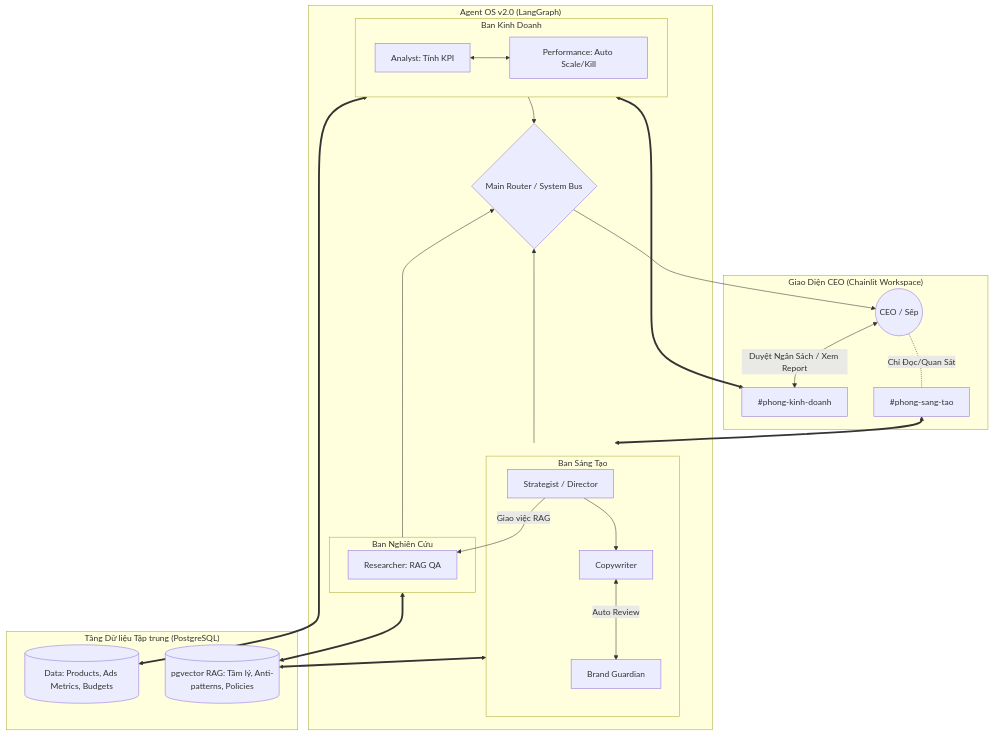
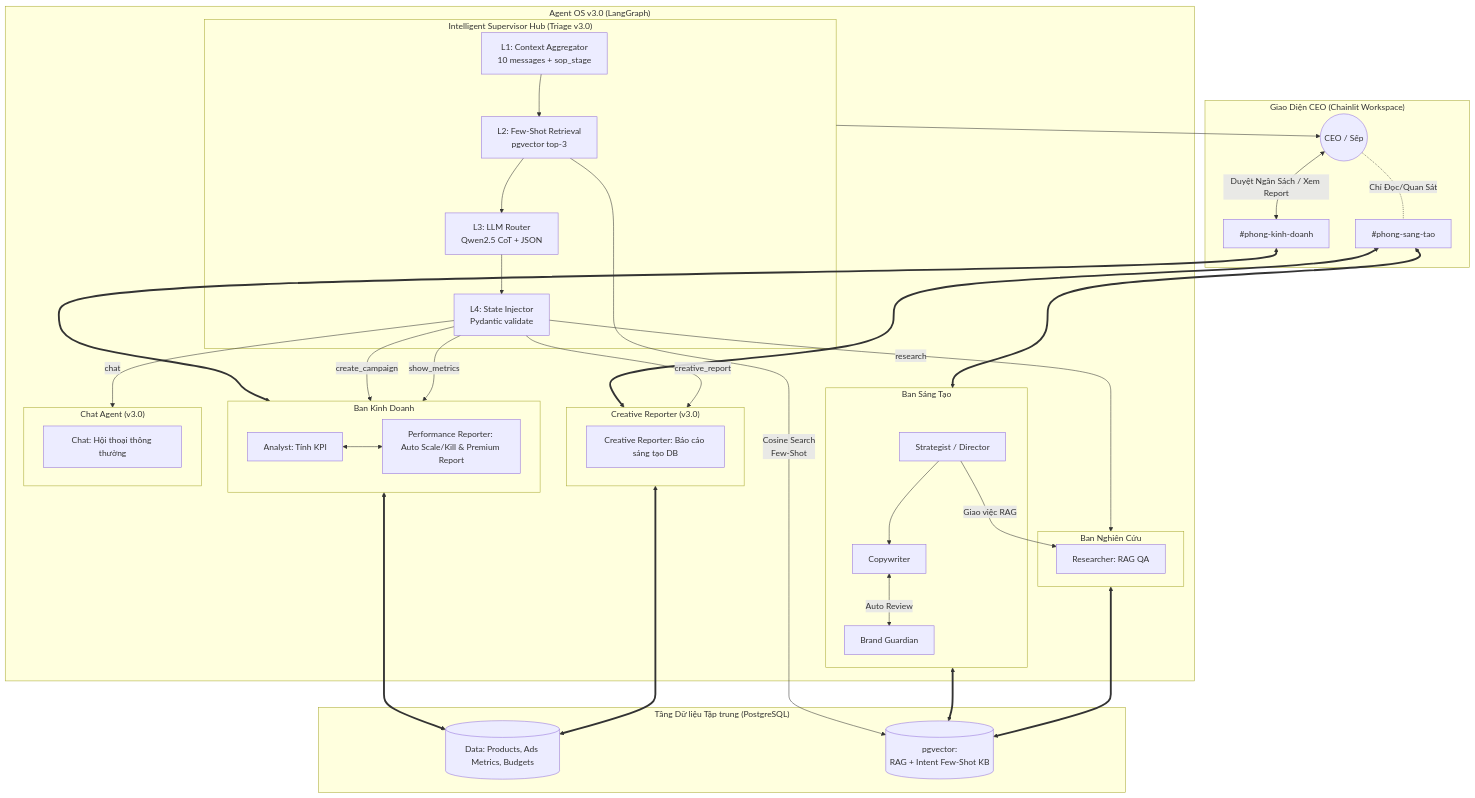
One commit to lupca/marketing-agent-os changed the diagram in docs/02_architecture/core_architecture.md. Above: the diagram before and after it, drawn with Mermaid. The commit also changed other lines of this file and 28 other files, not shown here.

Commit message:
Nâng cấp Triage Node thành **Intelligent Supervisor Hub (4-Layer)**

````diff
--- a/docs/02_architecture/core_architecture.md
+++ b/docs/02_architecture/core_architecture.md
@@ -59,7 +61,7 @@
 graph TD
     %% TẦNG UI
     subgraph UI_Layer ["Giao Diện CEO (Chainlit Workspace)"]
-        CEO((CEO / Sếp))
+        CEO(("CEO / Sếp"))
         Channel_Biz["#phong-kinh-doanh"]
         Channel_Creative["#phong-sang-tao"]
         CEO <-->|Duyệt Ngân Sách / Xem Report| Channel_Biz
@@ -67,51 +69,74 @@
     end
 
     %% TẦNG LANGGRAPH
-    subgraph LangGraph_OS ["Agent OS v2.0 (LangGraph)"]
-        
+    subgraph LangGraph_OS ["Agent OS v3.0 (LangGraph)"]
+
+        %% Intelligent Supervisor Hub
+        subgraph ISH ["Intelligent Supervisor Hub (Triage v3.0)"]
+            L1["L1: Context Aggregator\n10 messages + sop_stage"]
+            L2["L2: Few-Shot Retrieval\npgvector top-3"]
+            L3["L3: LLM Router\nQwen2.5 CoT + JSON"]
+            L4["L4: State Injector\nPydantic validate"]
+            L1 --> L2 --> L3 --> L4
+        end
+
         %% Business Graph
         subgraph Business_Graph ["Ban Kinh Doanh"]
-            Analyst[Analyst: Tính KPI]
-            Perf[Performance: Auto Scale/Kill]
+            Analyst["Analyst: Tính KPI"]
+            Perf["Performance Reporter: Auto Scale/Kill & Premium Report"]
             Analyst <--> Perf
         end
 
         %% Creative Graph
         subgraph Creative_Graph ["Ban Sáng Tạo"]
-            Dir[Strategist / Director]
-            Wri[Copywriter]
-            Gua[Brand Guardian]
+            Dir["Strategist / Director"]
+            Wri["Copywriter"]
+            Gua["Brand Guardian"]
             Dir --> Wri
             Wri <-->|Auto Review| Gua
         end
 
-        %% Researcher Node (v2.1)
+        %% Researcher
         subgraph Researcher_Sub ["Ban Nghiên Cứu"]
-            Res[Researcher: RAG QA]
+            Res["Researcher: RAG QA"]
         end
-        
-        Main_Router{Main Router / System Bus}
+
+        %% Creative Reporter (v3.0 NEW)
+        subgraph Creative_Report_Sub ["Creative Reporter (v3.0)"]
+            CreativeReport["Creative Reporter: Báo cáo sáng tạo DB"]
+        end
+
+        %% Chat Agent (v3.0 NEW)
+        subgraph Chat_Sub ["Chat Agent (v3.0)"]
+            Chat["Chat: Hội thoại thông thường"]
+        end
     end
 
     %% TẦNG DATABASE
     subgraph DB_Layer ["Tầng Dữ liệu Tập trung (PostgreSQL)"]
-        PG_Relational[(Data: Products, Ads Metrics, Budgets)]
-        PG_Vector[(pgvector RAG: Tâm lý, Anti-patterns, Policies)]
+        PG_Relational[("Data: Products, Ads Metrics, Budgets")]
+        PG_Vector[("pgvector:\nRAG + Intent Few-Shot KB")]
     end
 
     %% KẾT NỐI
-    Channel_Biz <==> Business_Graph
-    Channel_Creative <==> Creative_Graph
-    
-    Business_Graph --> Main_Router
-    Creative_Graph --> Main_Router
-    Researcher_Sub --> Main_Router
-    Main_Router --> CEO
-    
+    Channel_Biz <===> Business_Graph
+    Channel_Creative <===> Creative_Graph
+    Channel_Creative <===> Creative_Report_Sub
+
+    L4 -->|create_campaign| Business_Graph
+    L4 -->|show_metrics| Business_Graph
+    L4 -->|creative_report| Creative_Report_Sub
+    L4 -->|research| Researcher_Sub
+    L4 -->|chat| Chat_Sub
+
+    ISH --> CEO
+
     %% Phối hợp ngang ngầm
     Dir -->|Giao việc RAG| Res
-    
-    Business_Graph <==> PG_Relational
-    Creative_Graph <==> PG_Vector
-    Researcher_Sub <==> PG_Vector
+
+    Business_Graph <===> PG_Relational
+    Creative_Graph <===> PG_Vector
+    Researcher_Sub <===> PG_Vector
+    Creative_Report_Sub <===> PG_Relational
+    L2 -->|"Cosine Search\nFew-Shot"| PG_Vector
 ```
````
